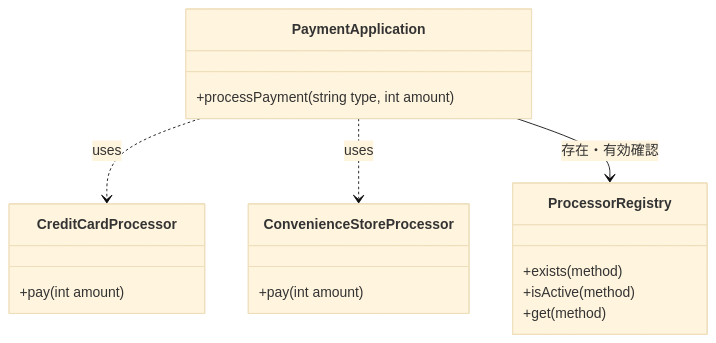
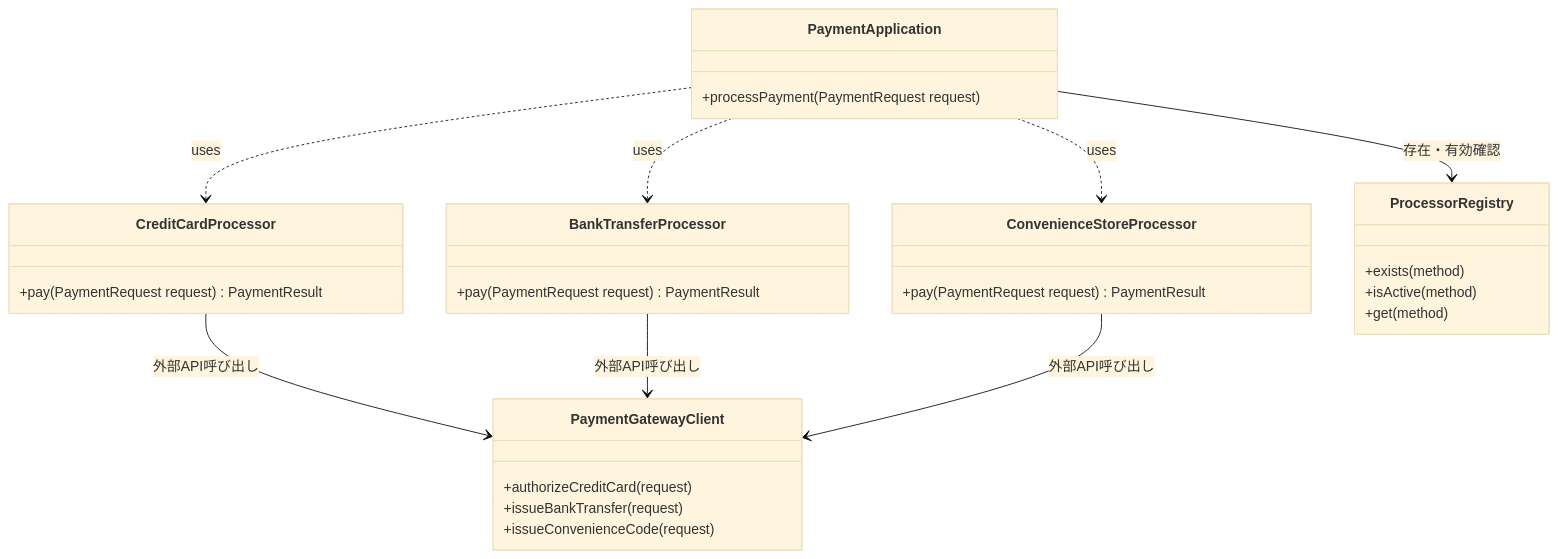
One commit to kumachan1101-pixel/DesignPattern changed the third of 8 diagrams in kindle/design-patterns/output/chapter08.md. Above: the diagram before and after it, drawn with Mermaid (base theme). The commit also changed other lines of this file and 7 other files, not shown here.

````diff
--- a/kindle/design-patterns/output/chapter08.md
+++ b/kindle/design-patterns/output/chapter08.md
@@ -161,20 +195,32 @@
 ```mermaid
 classDiagram
     class PaymentApplication {
-        +processPayment(string type, int amount)
+        +processPayment(PaymentRequest request)
     }
     class CreditCardProcessor {
-        +pay(int amount)
+        +pay(PaymentRequest request) PaymentResult
+    }
+    class BankTransferProcessor {
+        +pay(PaymentRequest request) PaymentResult
     }
     class ConvenienceStoreProcessor {
-        +pay(int amount)
+        +pay(PaymentRequest request) PaymentResult
     }
     class ProcessorRegistry {
         +exists(method)
         +isActive(method)
         +get(method)
     }
+    class PaymentGatewayClient {
+        +authorizeCreditCard(request)
+        +issueBankTransfer(request)
+        +issueConvenienceCode(request)
+    }
     PaymentApplication ..> CreditCardProcessor : uses
+    PaymentApplication ..> BankTransferProcessor : uses
     PaymentApplication ..> ConvenienceStoreProcessor : uses
     PaymentApplication --> ProcessorRegistry : 存在・有効確認
+    CreditCardProcessor --> PaymentGatewayClient : 外部API呼び出し
+    BankTransferProcessor --> PaymentGatewayClient : 外部API呼び出し
+    ConvenienceStoreProcessor --> PaymentGatewayClient : 外部API呼び出し
 ```
````
